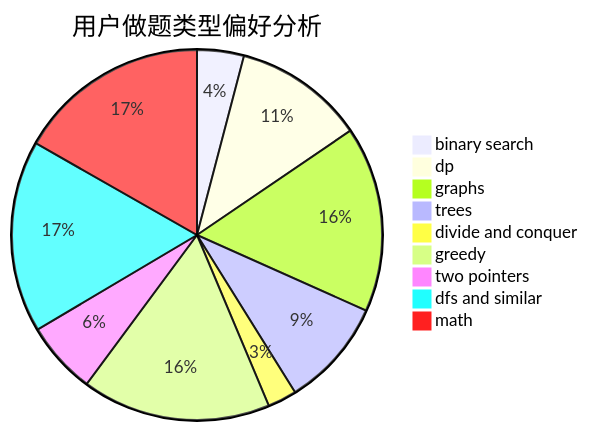
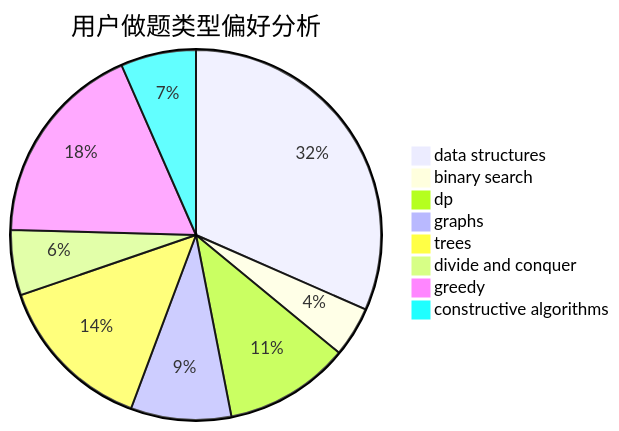
One commit to sherpahu/cfrs.github.io changed the second of 3 diagrams in docs/user/u1190.md. Above: the diagram before and after it, drawn with Mermaid. The commit also changed other lines of this file and 2775 other files, not shown here.

````diff
--- a/docs/user/u1190.md
+++ b/docs/user/u1190.md
@@ -23,12 +23,11 @@
 ```mermaid
 pie title 用户做题类型偏好分析
-    "binary search" :  29
-    "dp" :  81
-    "graphs" :  115
-    "trees" :  67
-    "divide and conquer" :  18
-    "greedy" :  117
-    "two pointers" :  45
-    "dfs and similar" :  119
-    "math" :  119
+    "data structures" :  72
+    "binary search" :  10
+    "dp" :  25
+    "graphs" :  20
+    "trees" :  32
+    "divide and conquer" :  13
+    "greedy" :  41
+    "constructive algorithms" :  15
 ```
````
